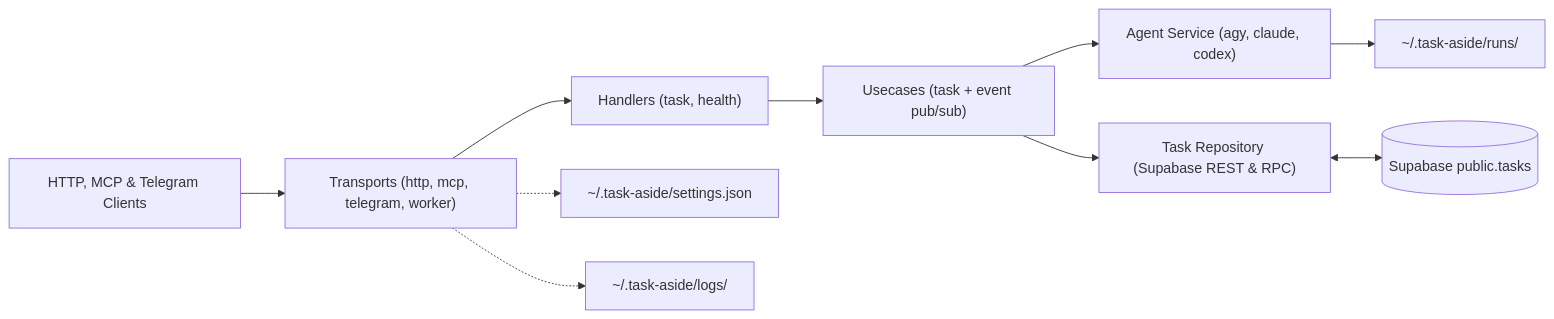
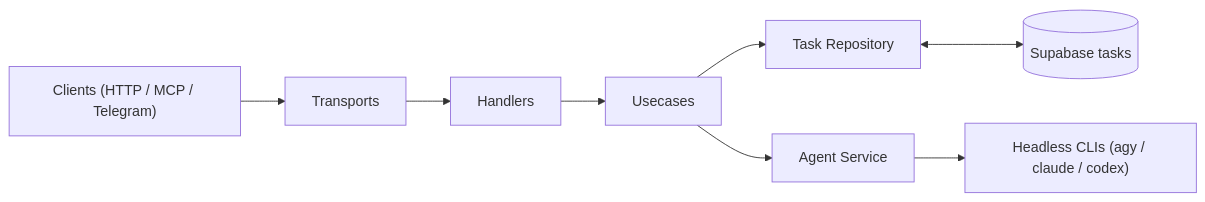
The diagram in docs/architecture.md (anlew2k2/task-aside), drawn with Mermaid before and after one commit. The commit also changed other lines of this file and 32 other files, not shown here.

````diff
--- a/docs/architecture.md
+++ b/docs/architecture.md
@@ -7,12 +7,10 @@
 ```mermaid
 flowchart LR
-  Clients["HTTP, MCP & Telegram Clients"] --> Transports["Transports (http, mcp, telegram, worker)"]
-  Transports --> Handlers["Handlers (task, health)"]
-  Handlers --> Usecases["Usecases (task + event pub/sub)"]
-  Usecases --> AgentSvc["Agent Service (agy, claude, codex)"]
-  Usecases --> TaskRepo["Task Repository (Supabase REST & RPC)"]
-  TaskRepo <--> Supabase[("Supabase public.tasks")]
-  AgentSvc --> RunsDir["~/.task-aside/runs/"]
-  Transports -.-> Settings["~/.task-aside/settings.json"]
-  Transports -.-> LogsDir["~/.task-aside/logs/"]
+  Clients["Clients (HTTP / MCP / Telegram)"] --> Transports["Transports"]
+  Transports --> Handlers["Handlers"]
+  Handlers --> Usecases["Usecases"]
+  Usecases --> Repo["Task Repository"]
+  Usecases --> Agent["Agent Service"]
+  Repo <--> DB[("Supabase tasks")]
+  Agent --> CLI["Headless CLIs (agy / claude / codex)"]
 ```
````
